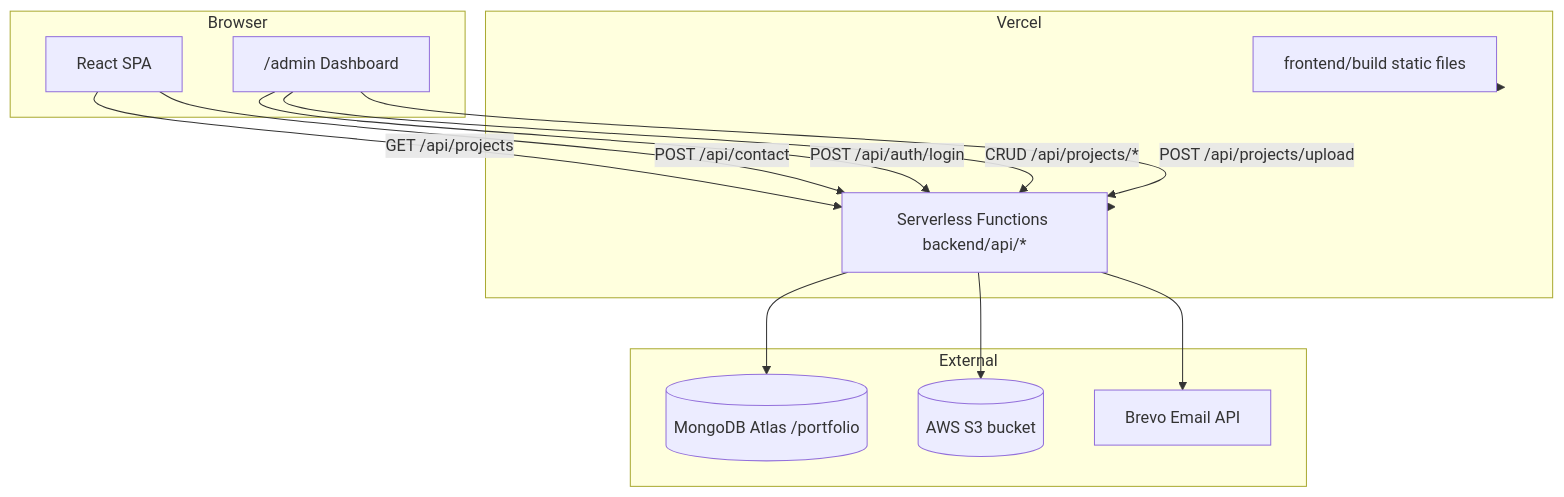
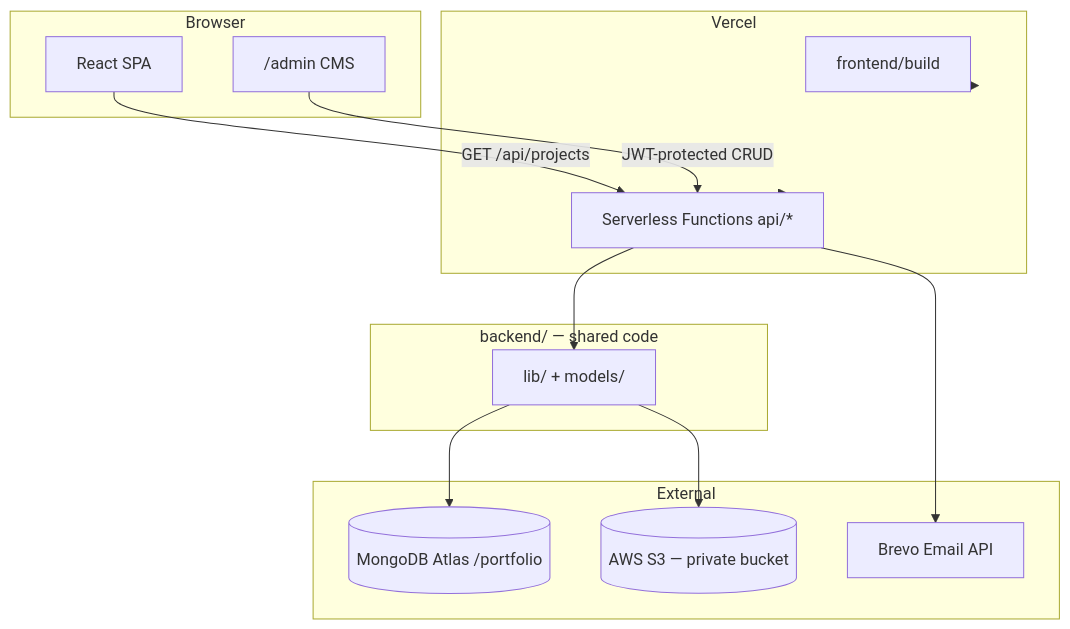
The diagram in docs/ARCHITECTURE.md (riyanqadiir/riyan-portfolio), drawn with Mermaid before and after one commit. The commit also changed other lines of this file and 27 other files, not shown here.

````diff
--- a/docs/ARCHITECTURE.md
+++ b/docs/ARCHITECTURE.md
@@ -34,31 +59,32 @@
 ```mermaid
 flowchart TB
     subgraph Browser
         SPA[React SPA]
-        Admin["/admin Dashboard"]
+        Admin["/admin CMS"]
     end
 
     subgraph Vercel
-        Static[frontend/build static files]
-        API[Serverless Functions backend/api/*]
+        Static[frontend/build]
+        API[Serverless Functions api/*]
+    end
+
+    subgraph backend_lib[backend/ — shared code]
+        Lib[lib/ + models/]
     end
 
     subgraph External
         MongoDB[(MongoDB Atlas /portfolio)]
-        S3[(AWS S3 bucket)]
+        S3[(AWS S3 — private bucket)]
         Brevo[Brevo Email API]
     end
 
     SPA -->|GET /api/projects| API
-    Admin -->|POST /api/auth/login| API
-    Admin -->|CRUD /api/projects/*| API
-    Admin -->|POST /api/projects/upload| API
-    SPA -->|POST /api/contact| API
-
-    API --> MongoDB
-    API --> S3
+    Admin -->|JWT-protected CRUD| API
+    API --> Lib
+    Lib --> MongoDB
+    Lib --> S3
     API --> Brevo
 
     Vercel --> Static
     Vercel --> API
 ```
````
